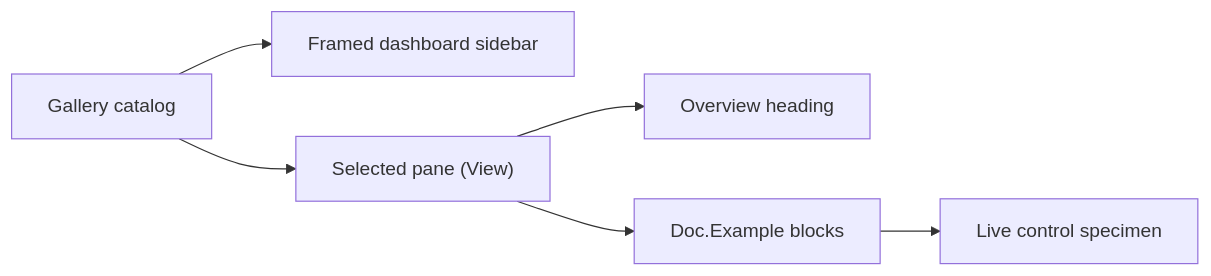
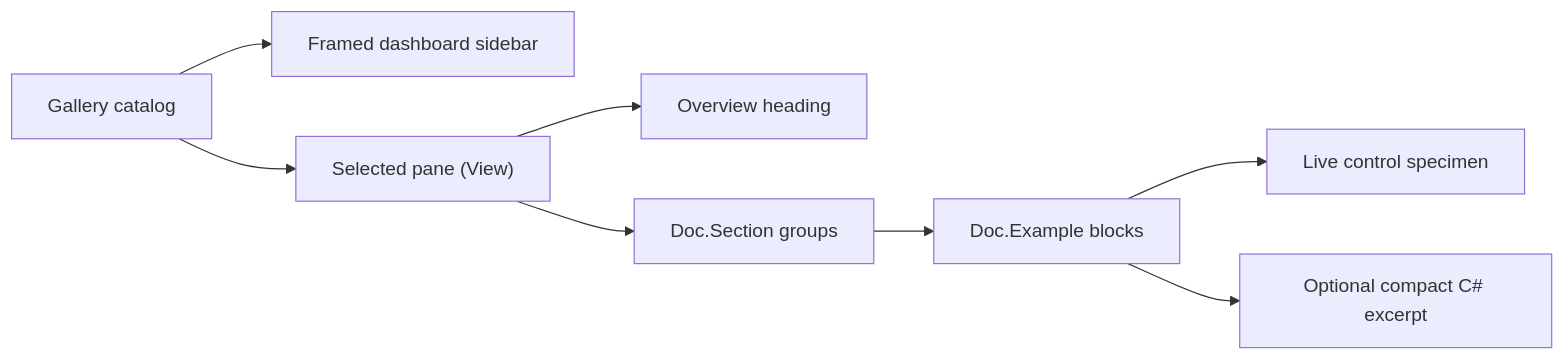
Before and after one commit to pavkam/sharp-vision: the diagram in docs/architecture/showcase.md, drawn with Mermaid. The commit also changed other lines of this file and 39 other files, not shown here.

````diff
--- a/docs/architecture/showcase.md
+++ b/docs/architecture/showcase.md
@@ -8,8 +8,10 @@
 ```mermaid
 flowchart LR
     Gallery["Gallery catalog"] --> Sidebar["Framed dashboard sidebar"]
     Gallery --> Page["Selected pane (View)"]
     Page --> Overview["Overview heading"]
-    Page --> Example["Doc.Example blocks"]
+    Page --> Section["Doc.Section groups"]
+    Section --> Example["Doc.Example blocks"]
     Example --> Specimen["Live control specimen"]
+    Example --> Source["Optional compact C# excerpt"]
 ```
````
